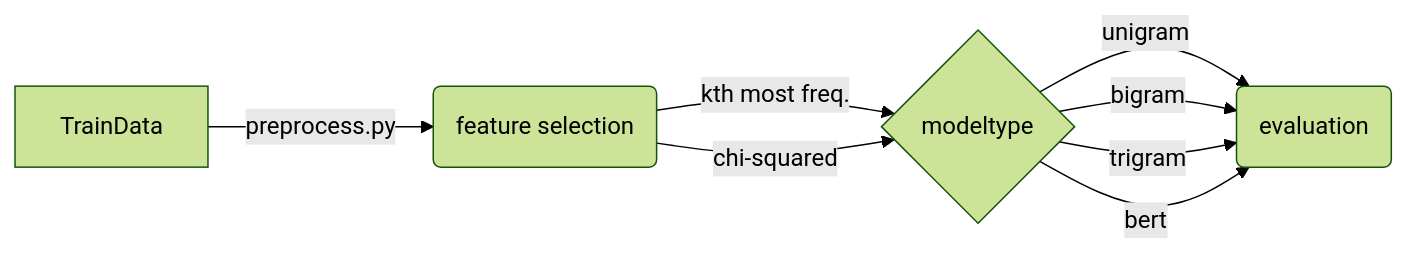
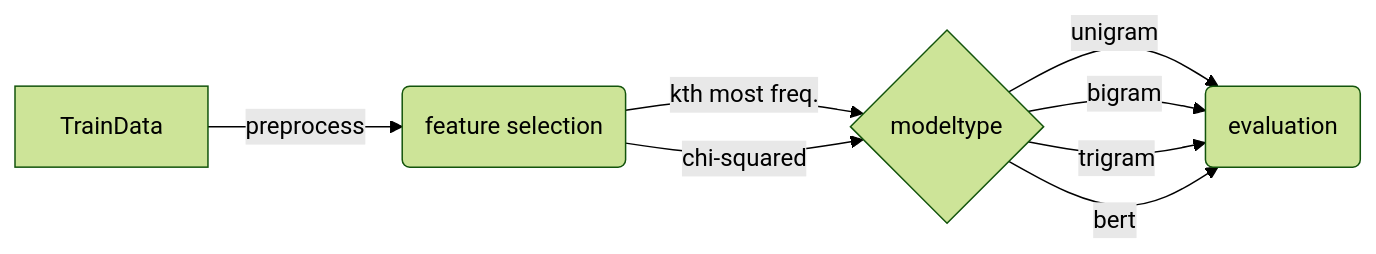
One commit to XuAnn175/AI-Final changed the second of 2 diagrams in README.md. Above: the diagram before and after it, drawn with Mermaid (forest theme).

````diff
--- a/README.md
+++ b/README.md
@@ -47,10 +47,10 @@
 ```mermaid
 graph LR
-    A[TrainData] -->|preprocess.py|B(feature selection)
+    A[TrainData] -->|preprocess|B(feature selection)
     B --> |kth most freq.|C{modeltype}
     B --> |chi-squared|C{modeltype}
     C --> |unigram|H(evaluation)
     C --> |bigram|H(evaluation)
     C --> |trigram|H(evaluation)
     C --> |bert|H(evaluation)
 ```
````
